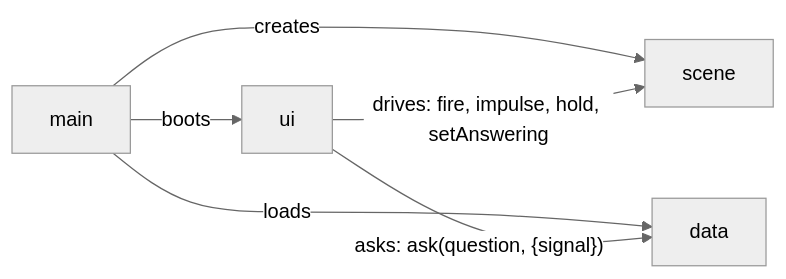
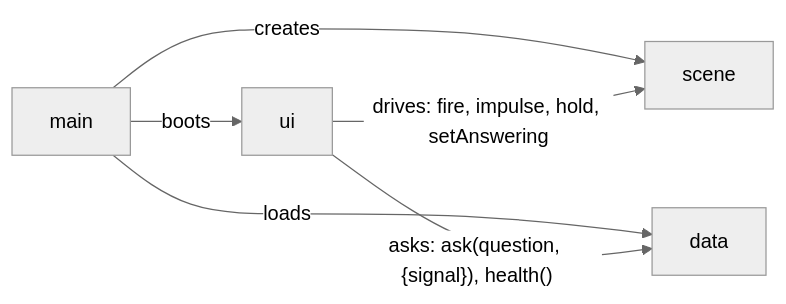
One commit to andrezorzo/zorzo-site changed the diagram in docs/lld.md. Above: the diagram before and after it, drawn with Mermaid (neutral theme). The commit also changed other lines of this file and 25 other files, not shown here.

Commit message:
feat: ask the API from the page, with health states and recorded-stream tests (F01-T03)

````diff
--- a/docs/lld.md
+++ b/docs/lld.md
@@ -49,8 +50,8 @@
 ```mermaid
 flowchart LR
     main -- "boots" --> ui
     main -- "creates" --> scene
     main -- "loads" --> data
     ui -- "drives: fire, impulse, hold, setAnswering" --> scene
-    ui -- "asks: ask(question, {signal})" --> data
+    ui -- "asks: ask(question, {signal}), health()" --> data
 ```
````
